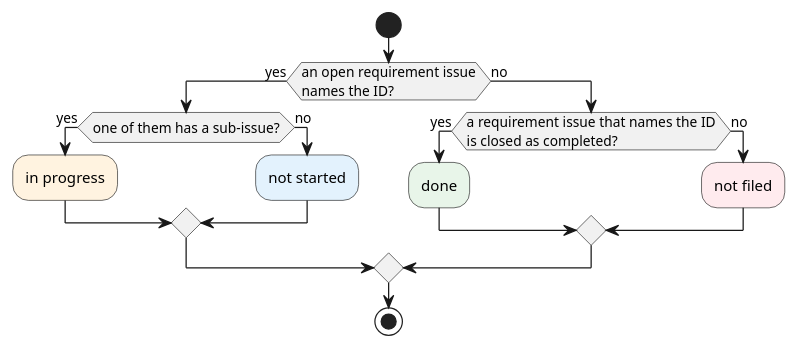
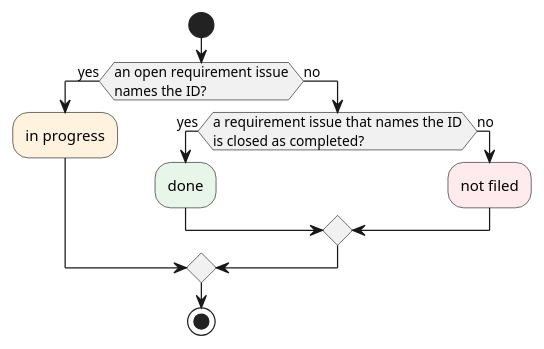
One commit to cloveclovedev/cumin-trace changed the diagram in docs/ja/requirements/trace/trace-progress.puml. Above: the diagram before and after it, drawn with PlantUML. The commit also changed 15 other files, not shown here.

```diff
--- a/docs/ja/requirements/trace/trace-progress.puml
+++ b/docs/ja/requirements/trace/trace-progress.puml
@@ -1,19 +1,15 @@
 @startuml trace-progress
 skinparam shadowing false
 
 start
 if (an open requirement issue\nnames the ID?) then (yes)
-  if (one of them has a sub-issue?) then (yes)
-    #FFF3E0:in progress;
-  else (no)
-    #E3F2FD:not started;
-  endif
+  #FFF3E0:in progress;
 else (no)
   if (a requirement issue that names the ID\nis closed as completed?) then (yes)
     #E8F5E9:done;
   else (no)
     #FFEBEE:not filed;
   endif
 endif
 stop
 @enduml
```
